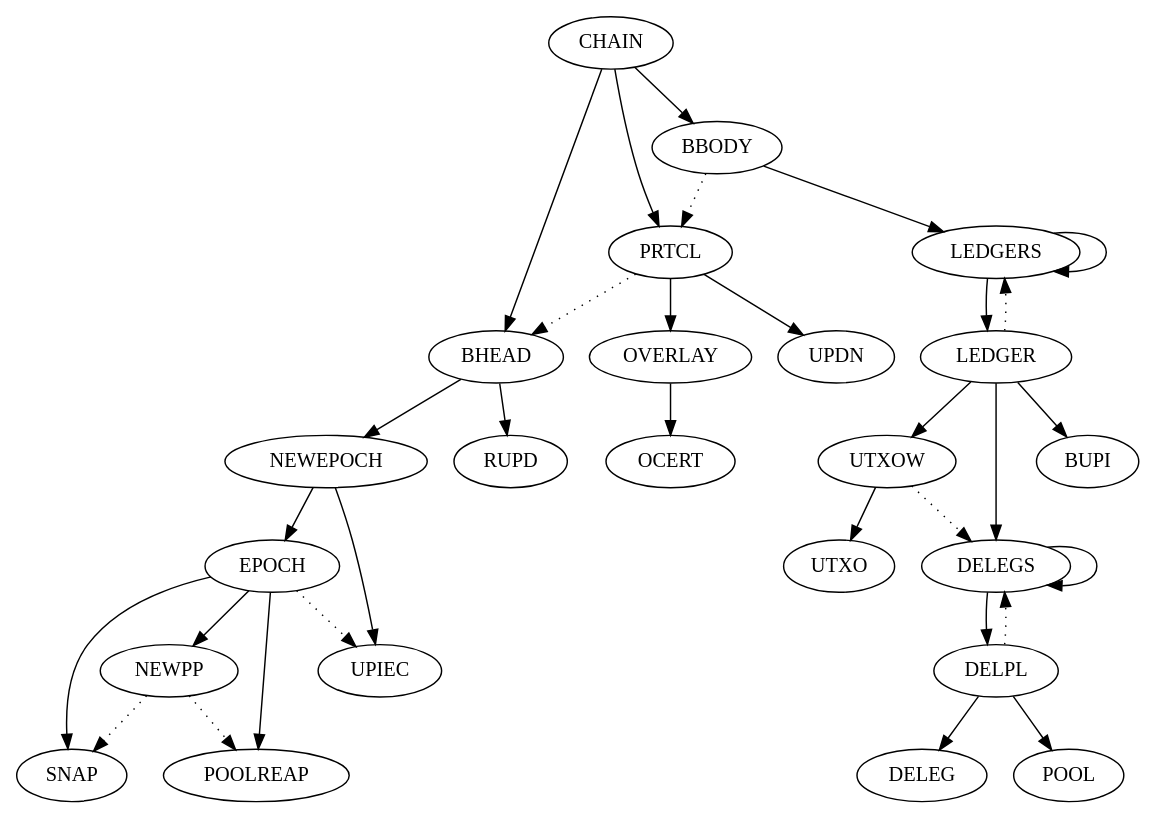
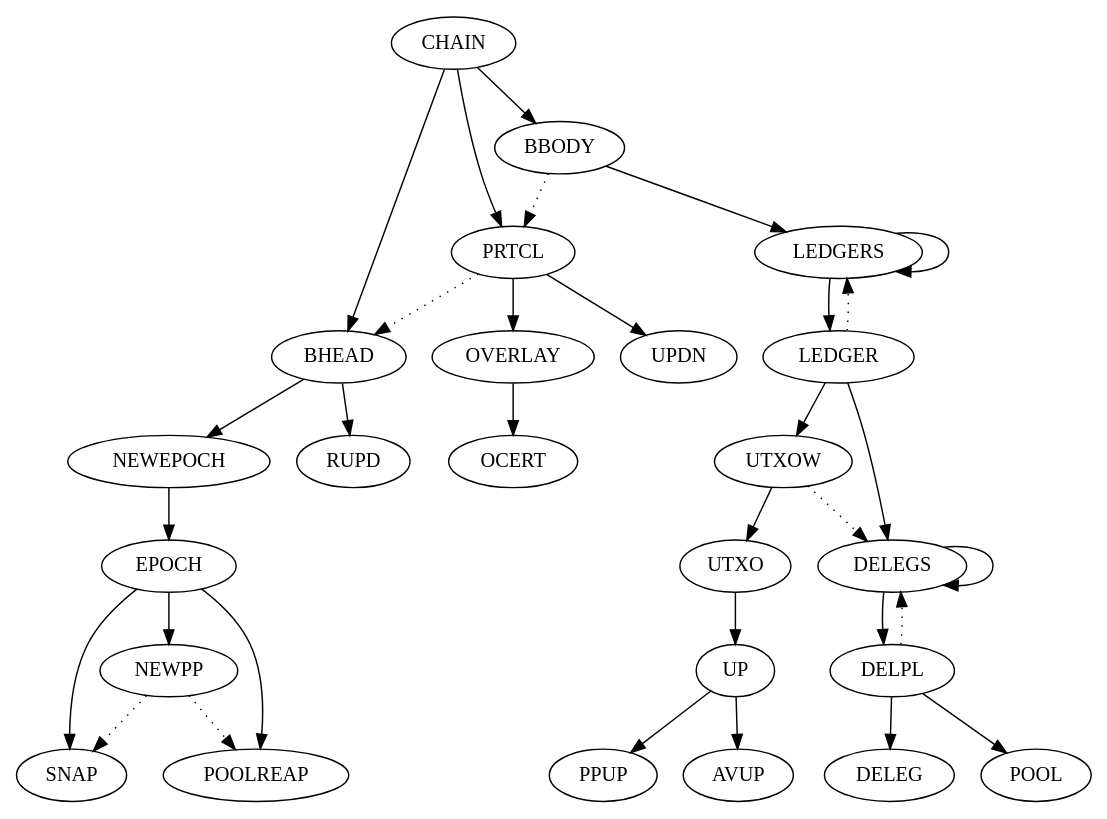
The diagram in shelley/chain-and-ledger/formal-spec/rules.dot (IntersectMBO/cardano-ledger), drawn with Graphviz before and after one commit. The commit also changed 12 other files, not shown here.

```diff
--- a/shelley/chain-and-ledger/formal-spec/rules.dot
+++ b/shelley/chain-and-ledger/formal-spec/rules.dot
@@ -1,45 +1,46 @@
 digraph STS {
         CHAIN -> BBODY
         CHAIN -> PRTCL
         CHAIN -> BHEAD
         BBODY -> PRTCL [style=dotted]
         PRTCL -> BHEAD [style=dotted]
 
         UTXOW -> UTXO
         UTXOW -> DELEGS [style=dotted]
+        UTXO  -> UP
+
+        UP -> PPUP
+        UP -> AVUP
 
         DELEGS -> DELPL
         DELEGS -> DELEGS
         DELPL  -> DELEGS [style=dotted]
 
         DELPL -> DELEG
         DELPL -> POOL
 
-        LEDGER -> BUPI
         LEDGER -> DELEGS
         LEDGER -> UTXOW
 
         LEDGERS -> LEDGER
         LEDGERS -> LEDGERS
         LEDGER  -> LEDGERS [style=dotted]
 
         EPOCH -> SNAP
         EPOCH -> POOLREAP
         EPOCH -> NEWPP
         NEWPP -> POOLREAP [style=dotted]
         NEWPP -> SNAP [style=dotted]
 
         NEWEPOCH -> EPOCH
-        NEWEPOCH -> UPIEC
-        EPOCH -> UPIEC [style=dotted]
 
         BHEAD -> RUPD
         BHEAD -> NEWEPOCH
 
         OVERLAY -> OCERT
 
         PRTCL -> UPDN
         PRTCL -> OVERLAY
 
         BBODY -> LEDGERS
 }
```
